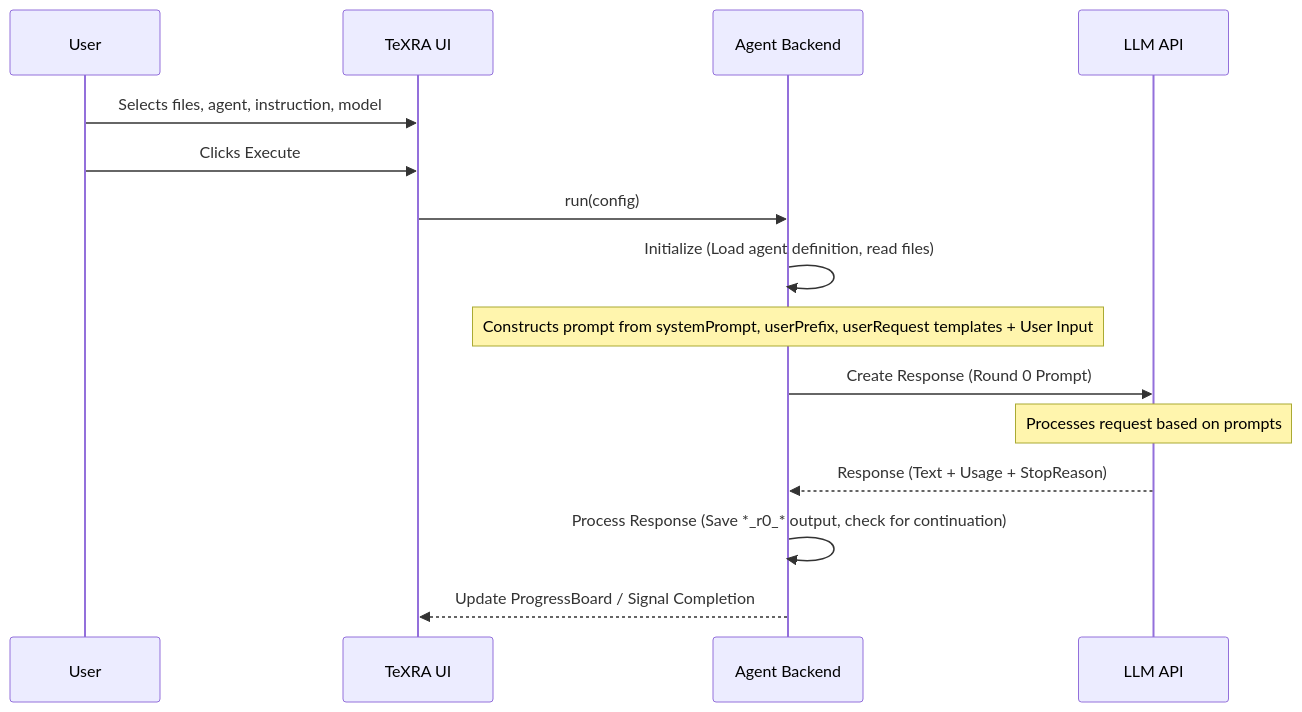
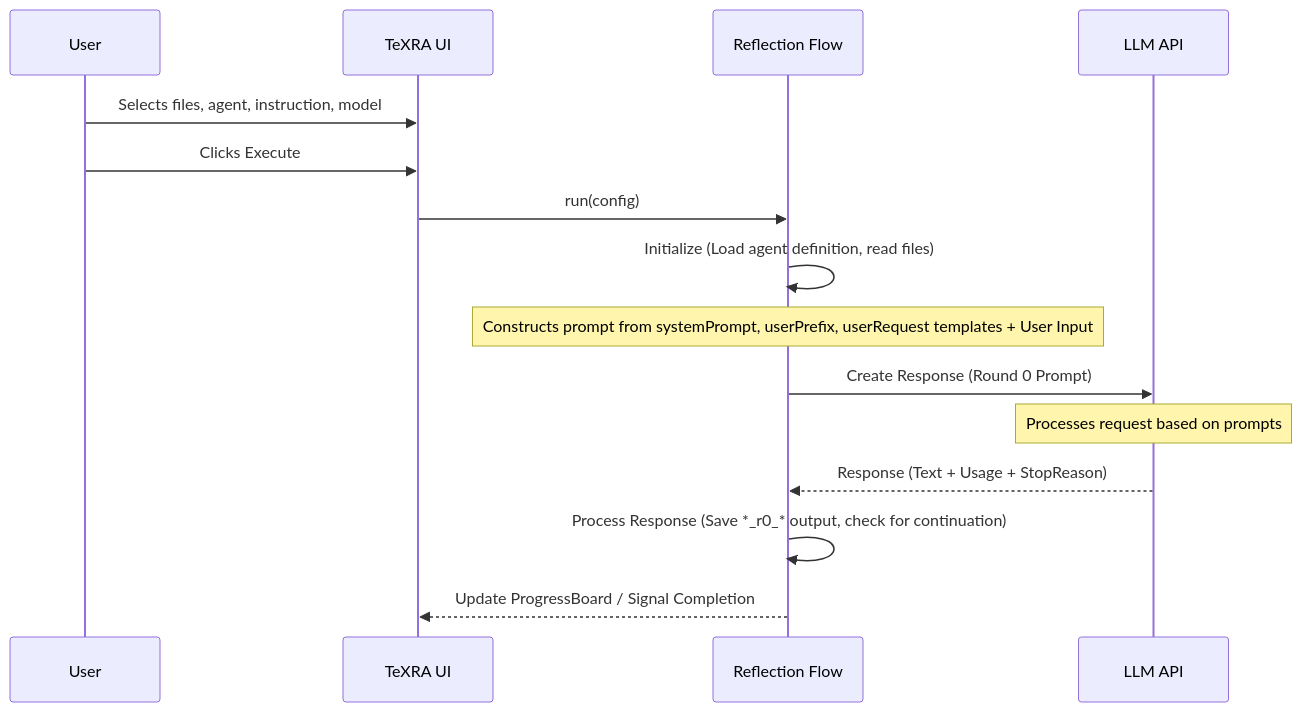
One commit to LionSR/TeXRA changed the first of 2 diagrams in docs/guide/agent-architecture.md. Above: the diagram before and after it, drawn with Mermaid. The commit also changed other lines of this file and 13 other files, not shown here.

````diff
--- a/docs/guide/agent-architecture.md
+++ b/docs/guide/agent-architecture.md
@@ -32,18 +59,18 @@
 ```mermaid
 sequenceDiagram
     participant User
     participant TeXRA UI
-    participant Agent Backend
+    participant Reflection Flow
     participant LLM API
 
     User->>TeXRA UI: Selects files, agent, instruction, model
     User->>TeXRA UI: Clicks Execute
-    TeXRA UI->>Agent Backend: run(config)
-    Agent Backend->>Agent Backend: Initialize (Load agent definition, read files)
-    Note over Agent Backend: Constructs prompt from systemPrompt, userPrefix, userRequest templates + User Input
-    Agent Backend->>LLM API: Create Response (Round 0 Prompt)
+    TeXRA UI->>Reflection Flow: run(config)
+    Reflection Flow->>Reflection Flow: Initialize (Load agent definition, read files)
+    Note over Reflection Flow: Constructs prompt from systemPrompt, userPrefix, userRequest templates + User Input
+    Reflection Flow->>LLM API: Create Response (Round 0 Prompt)
     Note over LLM API: Processes request based on prompts
-    LLM API-->>Agent Backend: Response (Text + Usage + StopReason)
-    Agent Backend->>Agent Backend: Process Response (Save *_r0_* output, check for continuation)
-    Agent Backend-->>TeXRA UI: Update ProgressBoard / Signal Completion
+    LLM API-->>Reflection Flow: Response (Text + Usage + StopReason)
+    Reflection Flow->>Reflection Flow: Process Response (Save *_r0_* output, check for continuation)
+    Reflection Flow-->>TeXRA UI: Update ProgressBoard / Signal Completion
 ```
````
